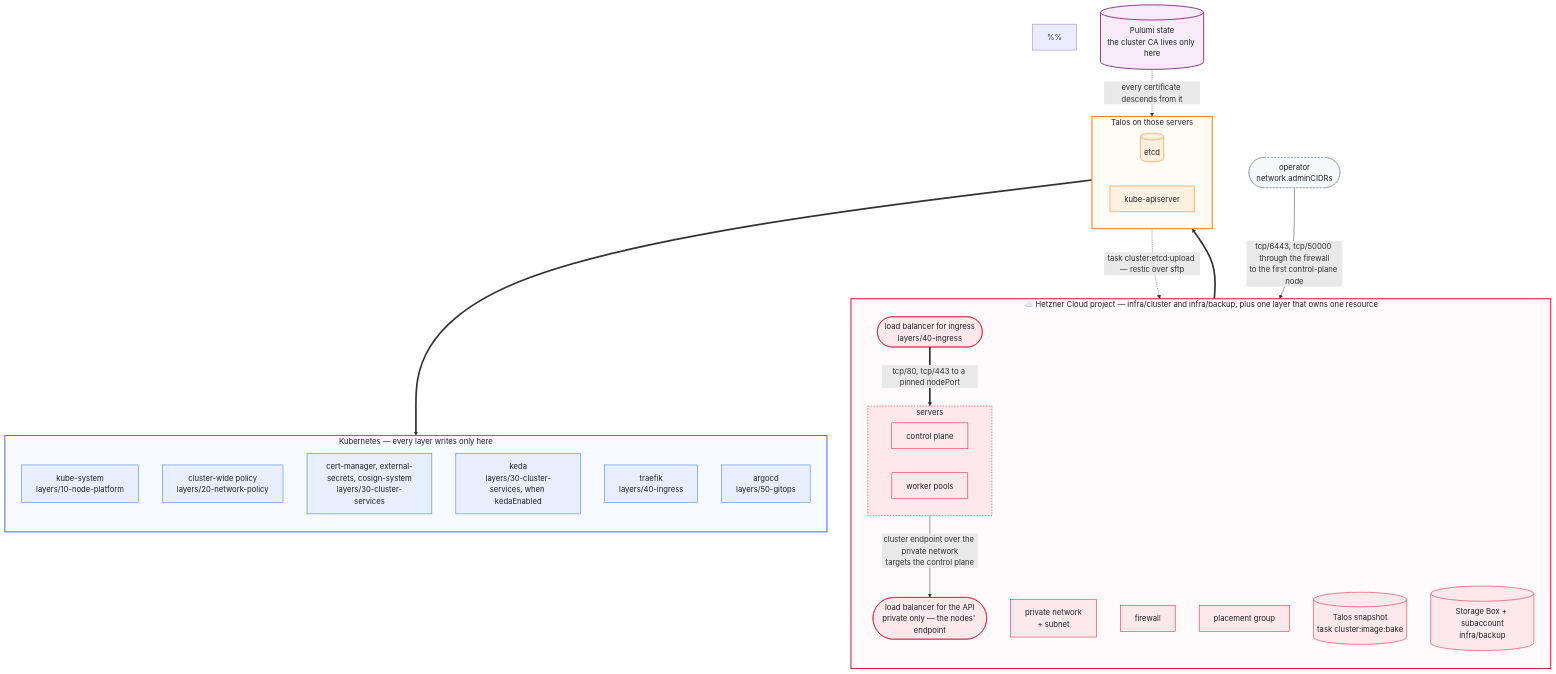
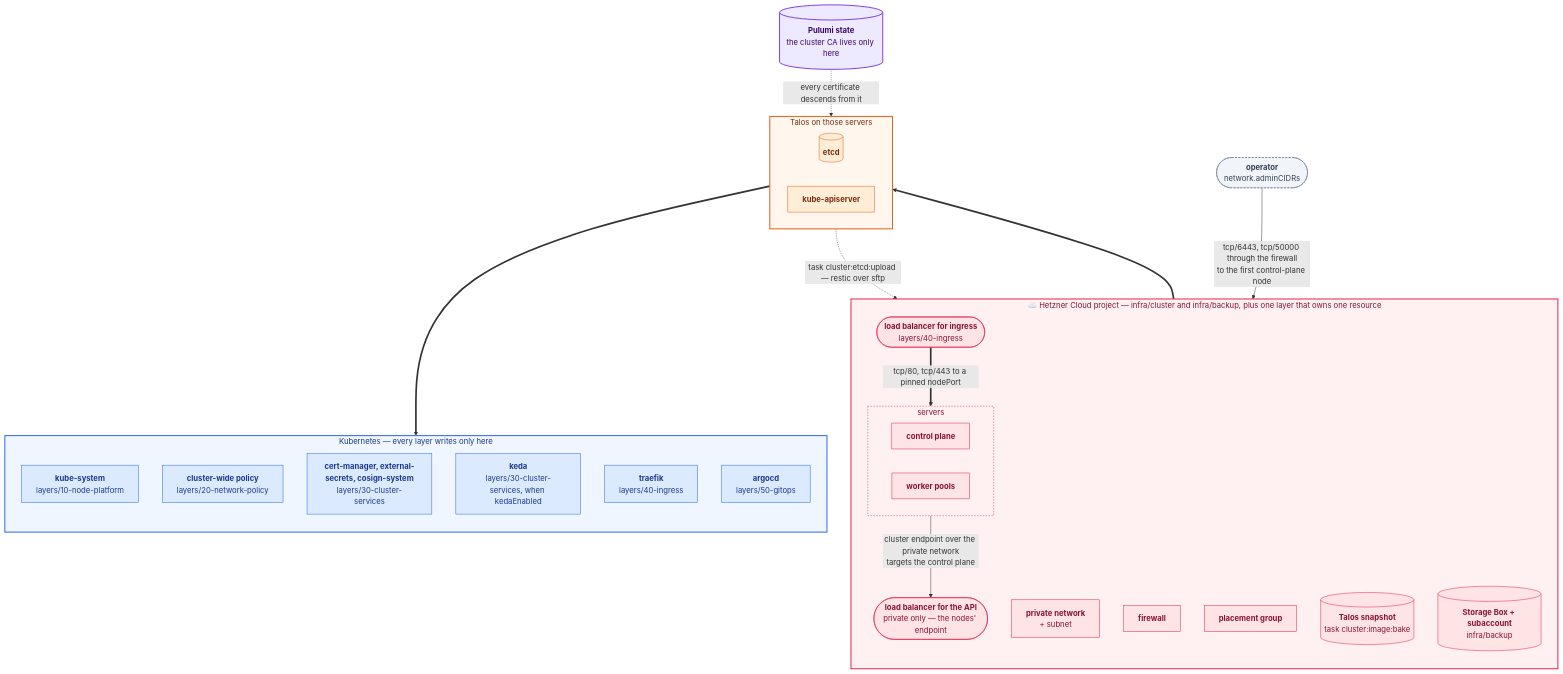
The first of 2 diagrams in docs/design.md (oleg-tkachuk/hetzner-iac), drawn with Mermaid before and after one commit. The commit also changed 2 other files, not shown here.

Commit message:
docs(diagrams): give the diagrams saturated fills and bold titles
The pale near-white fills read as grey. Each hue keeps its meaning — Hetzner
red, Talos orange, Kubernetes blue, Pulumi violet — as a light fill with a
stroke and text of the same hue, and each node's first line is bold.

````diff
--- a/docs/design.md
+++ b/docs/design.md
@@ -13,72 +13,70 @@
 ```mermaid
 flowchart TB
     %% Palette from the README badges: Hetzner red, Talos orange, Kubernetes
     %% blue, so the header and the diagrams read as one thing and the colour
-    %% says whose territory a box is in.
-    %%
-    %% Fills are pale and text is near-black explicitly. GitHub renders this in
-    %% both themes, and a colour left to the theme picks one of them and is
-    %% unreadable in the other.
-    classDef hetzner fill:#fde8eb,stroke:#d50c2d,stroke-width:1px,color:#1f2328
-    classDef talos fill:#fff0e0,stroke:#ff7300,stroke-width:1px,color:#1f2328
-    classDef kube fill:#e7effc,stroke:#326ce5,stroke-width:1px,color:#1f2328
-    classDef derived fill:#f6f8fa,stroke:#8c959f,stroke-width:1px,stroke-dasharray:4 3,color:#1f2328
-    classDef state fill:#f6ecf7,stroke:#8a3391,stroke-width:2px,color:#1f2328
+    %% says whose territory a box is in. Light fills with dark text of the same
+    %% hue, spelled out: GitHub renders this in both themes, and a colour left
+    %% to the theme is unreadable in one of them.
+    classDef hetzner fill:#FFE4E6,stroke:#E11D48,stroke-width:1px,color:#881337
+    classDef talos fill:#FFEDD5,stroke:#EA580C,stroke-width:1px,color:#7C2D12
+    classDef kube fill:#DBEAFE,stroke:#2563EB,stroke-width:1px,color:#1E3A8A
+    classDef derived fill:#F1F5F9,stroke:#64748B,stroke-width:1px,stroke-dasharray:4 3,color:#334155
+    classDef state fill:#EDE9FE,stroke:#7C3AED,stroke-width:2px,color:#3B0764
 
     subgraph hetzner["☁️ Hetzner Cloud project — infra/cluster and infra/backup, plus one layer that owns one resource"]
         direction TB
-        net["private network<br/>+ subnet"]
-        fw["firewall"]
-        pg["placement group"]
-        snap[("Talos snapshot<br/>task cluster:image:bake")]
+        net["<b>private network</b><br/>+ subnet"]
+        fw["<b>firewall</b>"]
+        pg["<b>placement group</b>"]
+        snap[("<b>Talos snapshot</b><br/>task cluster:image:bake")]
 
         subgraph servers["servers"]
             direction LR
-            cp["control plane"]
-            wk["worker pools"]
+            cp["<b>control plane</b>"]
+            wk["<b>worker pools</b>"]
         end
 
-        apilb(["load balancer for the API<br/>private only — the nodes' endpoint"])
-        inglb(["load balancer for ingress<br/>layers/40-ingress"])
-        box[("Storage Box + subaccount<br/>infra/backup")]
+        apilb(["<b>load balancer for the API</b><br/>private only — the nodes' endpoint"])
+        inglb(["<b>load balancer for ingress</b><br/>layers/40-ingress"])
+        box[("<b>Storage Box + subaccount</b><br/>infra/backup")]
     end
 
     subgraph talos["Talos on those servers"]
         direction LR
-        etcd[("etcd")]
-        api["kube-apiserver"]
+        etcd[("<b>etcd</b>")]
+        api["<b>kube-apiserver</b>"]
     end
 
     subgraph k8s["Kubernetes — every layer writes only here"]
         direction TB
-        ks["kube-system<br/>layers/10-node-platform"]
-        pol["cluster-wide policy<br/>layers/20-network-policy"]
-        cmns["cert-manager, external-secrets, cosign-system<br/>layers/30-cluster-services"]
-        kedans["keda<br/>layers/30-cluster-services, when kedaEnabled"]
-        tns["traefik<br/>layers/40-ingress"]
-        argons["argocd<br/>layers/50-gitops"]
+        ks["<b>kube-system</b><br/>layers/10-node-platform"]
+        pol["<b>cluster-wide policy</b><br/>layers/20-network-policy"]
+        cmns["<b>cert-manager, external-secrets, cosign-system</b><br/>layers/30-cluster-services"]
+        kedans["<b>keda</b><br/>layers/30-cluster-services, when kedaEnabled"]
+        tns["<b>traefik</b><br/>layers/40-ingress"]
+        argons["<b>argocd</b><br/>layers/50-gitops"]
     end
 
-    trust[("Pulumi state<br/>the cluster CA lives only here")]
-    op(["operator<br/>network.adminCIDRs"])
+    trust[("<b>Pulumi state</b><br/>the cluster CA lives only here")]
+    op(["<b>operator</b><br/>network.adminCIDRs"])
 
     trust -.->|"every certificate descends from it"| talos
     servers ==> talos
     talos ==> k8s
     inglb ==>|"tcp/80, tcp/443 to a pinned nodePort"| servers
     servers -->|"cluster endpoint over the private network<br/>targets the control plane"| apilb
     op -->|"tcp/6443, tcp/50000 through the firewall<br/>to the first control-plane node"| fw
     etcd -.->|"task cluster:etcd:upload — restic over sftp"| box
 
     class net,fw,pg,snap,cp,wk,box hetzner
     class apilb,inglb hetzner
     class etcd,api talos
     class ks,pol,cmns,kedans,tns,argons kube
     class trust state
     class op derived
 
-    style hetzner fill:#fffafb,stroke:#d50c2d,stroke-width:2px,color:#1f2328
-    style servers fill:#fde8eb,stroke:#d50c2d,stroke-dasharray:3 3,color:#1f2328
-    style talos fill:#fffbf5,stroke:#ff7300,stroke-width:2px,color:#1f2328
-    style k8s fill:#f7faff,stroke:#326ce5,stroke-width:2px,color:#1f2328
+    style hetzner fill:#FFF1F2,stroke:#E11D48,stroke-width:2px,color:#881337
+    style servers fill:#FFF1F2,stroke:#E11D48,stroke-dasharray:3 3,color:#881337
+    style talos fill:#FFF7ED,stroke:#EA580C,stroke-width:2px,color:#7C2D12
+    style k8s fill:#EFF6FF,stroke:#2563EB,stroke-width:2px,color:#1E3A8A
 ```
````
